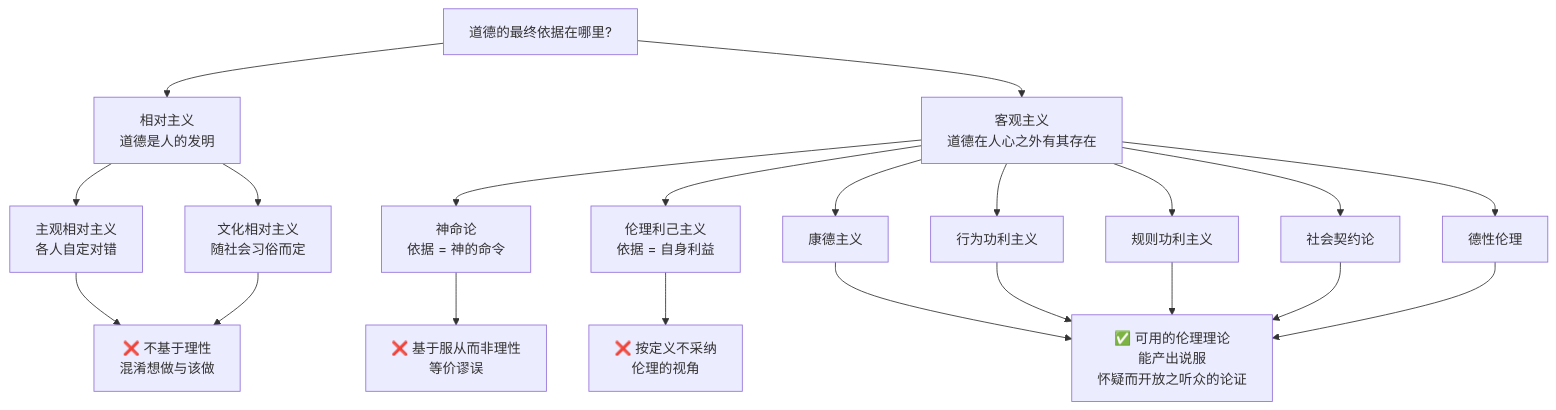
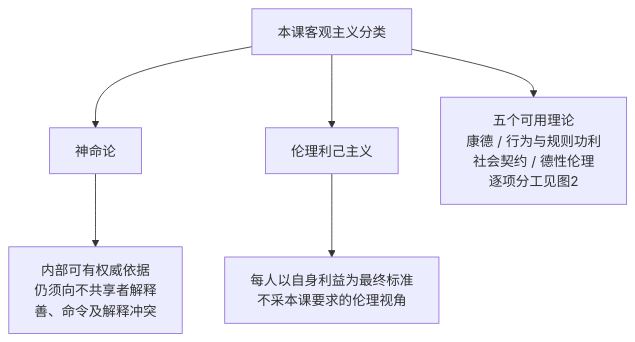
Diagram 12 of 14 in IS5113_AI_Ethics_and_Regulations/notes/M02-道德理论及其应用.md (CercaTrovato/cityu-ai-course-notes), drawn with Mermaid before and after one commit. The commit also changed other lines of this file and 88 other files, not shown here.

````diff
--- a/IS5113_AI_Ethics_and_Regulations/notes/M02-道德理论及其应用.md
+++ b/IS5113_AI_Ethics_and_Regulations/notes/M02-道德理论及其应用.md
@@ -3645,27 +3927,8 @@
 ```mermaid
 flowchart TD
-    Q["道德的最终依据在哪里?"] --> R["相对主义<br>道德是人的发明"]
-    Q --> O["客观主义<br>道德在人心之外有其存在"]
-
-    R --> R1["主观相对主义<br>各人自定对错"]
-    R --> R2["文化相对主义<br>随社会习俗而定"]
-
-    O --> O1["神命论<br>依据 = 神的命令"]
-    O --> O2["伦理利己主义<br>依据 = 自身利益"]
-    O --> O3["康德主义"]
-    O --> O4["行为功利主义"]
-    O --> O5["规则功利主义"]
-    O --> O6["社会契约论"]
-    O --> O7["德性伦理"]
-
-    R1 --> X1["❌ 不基于理性<br>混淆想做与该做"]
-    R2 --> X1
-    O1 --> X2["❌ 基于服从而非理性<br>等价谬误"]
-    O2 --> X3["❌ 按定义不采纳<br>伦理的视角"]
-
-    O3 --> Y["✅ 可用的伦理理论<br>能产出说服<br>怀疑而开放之听众的论证"]
-    O4 --> Y
-    O5 --> Y
-    O6 --> Y
-    O7 --> Y
+    O["本课客观主义分类"] --> O1["神命论"]
+    O --> O2["伦理利己主义"]
+    O --> O3["五个可用理论<br/>康德 / 行为与规则功利<br/>社会契约 / 德性伦理<br/>逐项分工见图2"]
+    O1 --> XD["内部可有权威依据<br/>仍须向不共享者解释<br/>善、命令及解释冲突"]
+    O2 --> XE["每人以自身利益为最终标准<br/>不采本课要求的伦理视角"]
 ```
````
